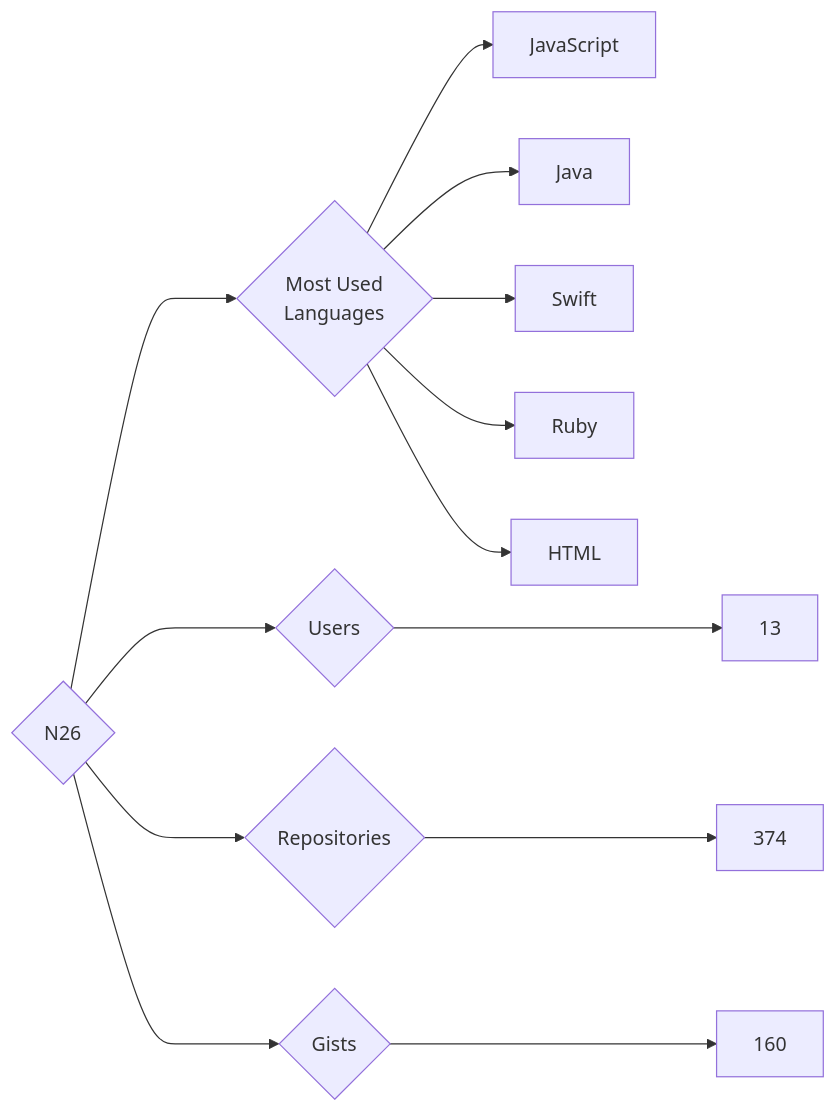
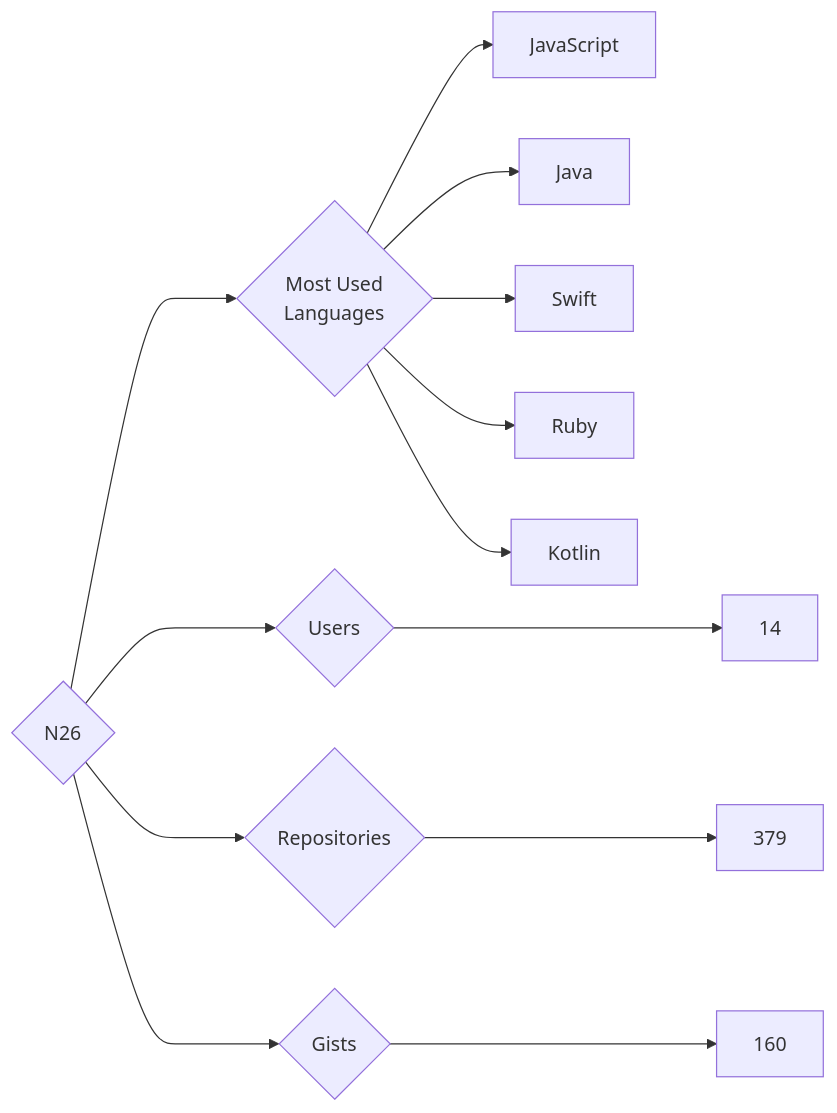
The diagram in targets/N26/README.md (trickest/insiders), drawn with Mermaid before and after one commit. The commit also changed 1508 other files, not shown here.

````diff
--- a/targets/N26/README.md
+++ b/targets/N26/README.md
@@ -3,13 +3,13 @@
 ```mermaid
 graph LR
 COMPANY_NAME{N26}
-COMPANY_NAME ---> U{Users} ---> UN[13]
-COMPANY_NAME ---> R{Repositories} ---> RN[374]
+COMPANY_NAME ---> U{Users} ---> UN[14]
+COMPANY_NAME ---> R{Repositories} ---> RN[379]
 COMPANY_NAME ---> G{Gists} ---> GN[160]
 COMPANY_NAME ---> ML{Most Used<br>Languages}
 ML --> JavaScript[JavaScript]
 ML --> Java[Java]
 ML --> Swift[Swift]
 ML --> Ruby[Ruby]
-ML --> HTML[HTML]
+ML --> Kotlin[Kotlin]
 ```
````
